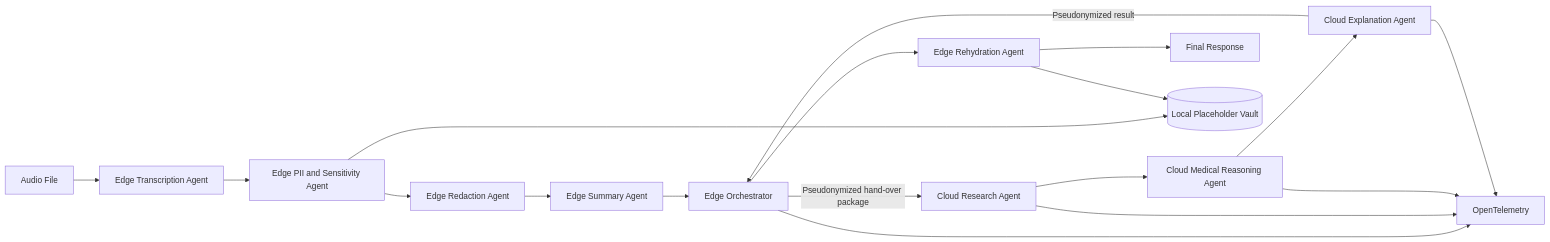
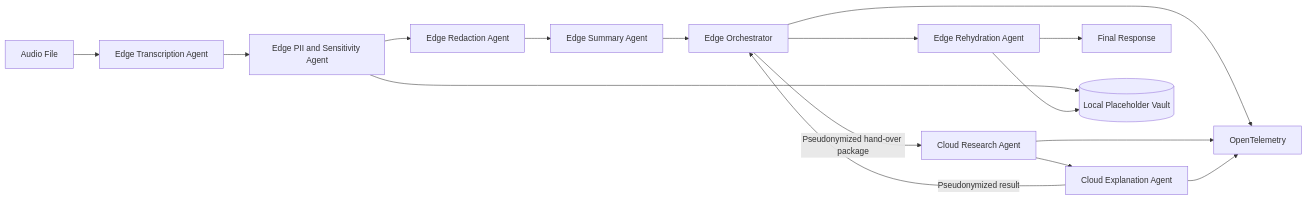
Before and after one commit to jetzlstorfer/hybrid-multi-agents: the first of 2 diagrams in README.md, drawn with Mermaid. The commit also changed other lines of this file, not shown here.

Commit message:
docs: fix README diagrams and model names to match implementation

````diff
--- a/README.md
+++ b/README.md
@@ -103,22 +103,20 @@
 ```mermaid
 flowchart LR
     A[Audio File] --> B[Edge Transcription Agent]
     B --> C[Edge PII and Sensitivity Agent]
     C --> D[Edge Redaction Agent]
     D --> E[Edge Summary Agent]
     E --> F[Edge Orchestrator]
     F -->|Pseudonymized hand-over package| G[Cloud Research Agent]
-    G --> H[Cloud Medical Reasoning Agent]
-    H --> I[Cloud Explanation Agent]
+    G --> I[Cloud Explanation Agent]
     I -->|Pseudonymized result| F
     F --> J[Edge Rehydration Agent]
     J --> K[Final Response]
 
     C --> L[(Local Placeholder Vault)]
     J --> L
 
     F --> M[OpenTelemetry]
     G --> M
-    H --> M
     I --> M
 ```
````
